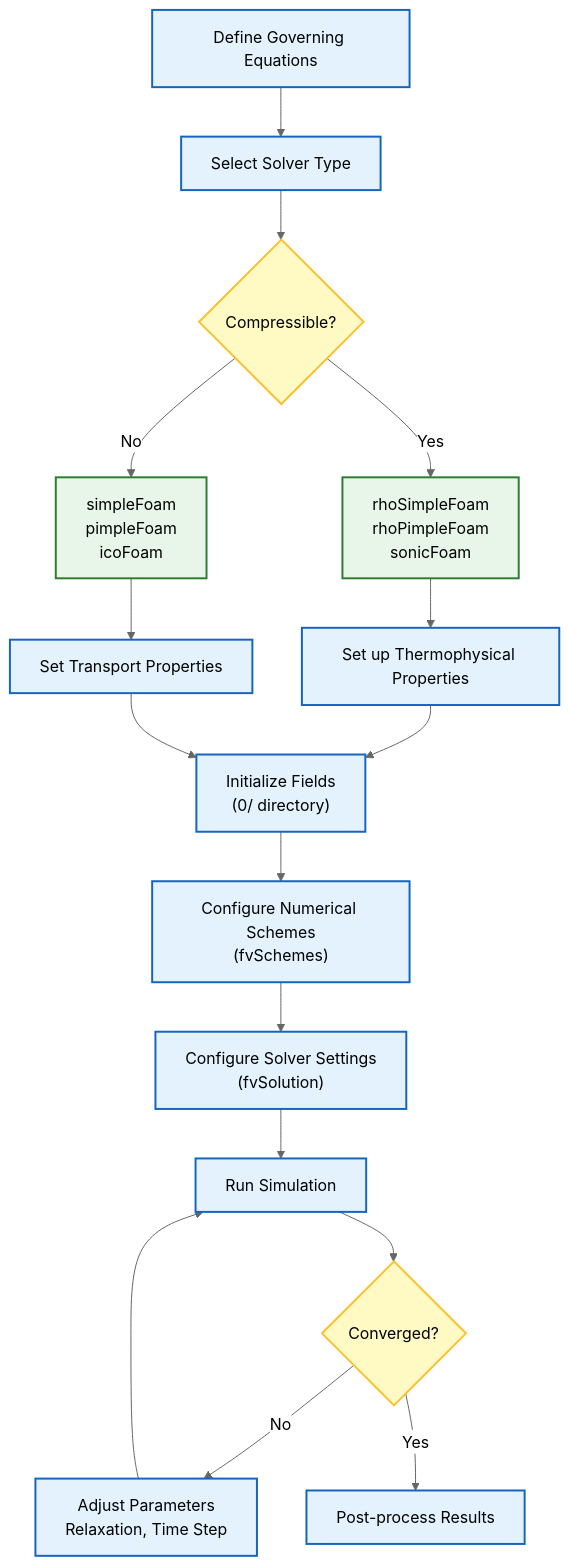
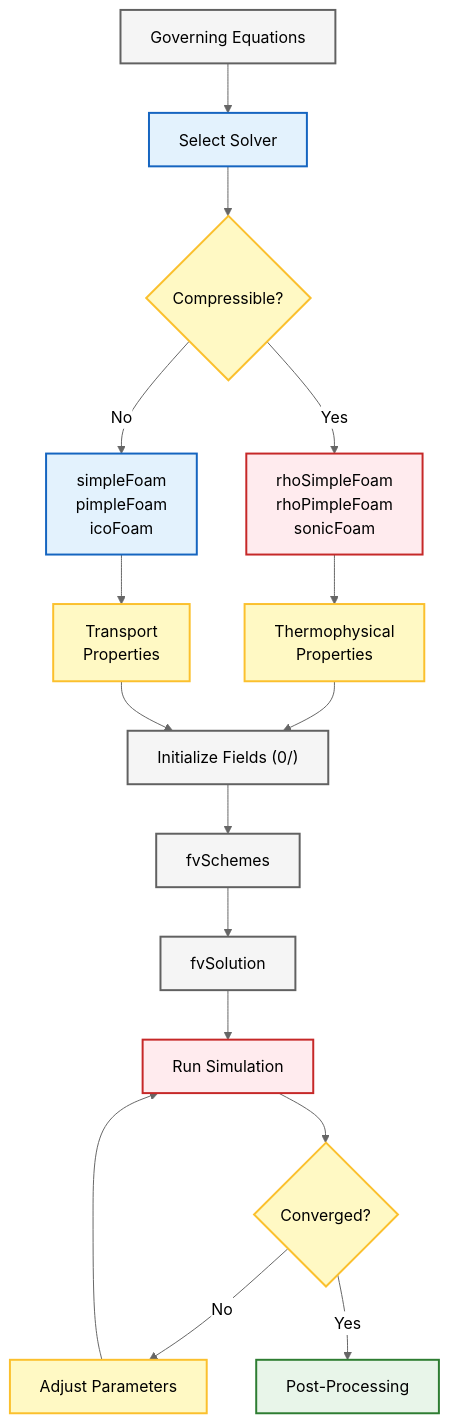
One commit to wramet/build-my-cfd changed the fourth of 4 diagrams in MODULE_01_CFD_FUNDAMENTALS/CONTENT/01_GOVERNING_EQUATIONS/05_OpenFOAM_Implementation.md. Above: the diagram before and after it, drawn with Mermaid (neutral theme). The commit also changed other lines of this file and 313 other files, not shown here.

Commit message:
Revise all diagram

````diff
--- a/MODULE_01_CFD_FUNDAMENTALS/CONTENT/01_GOVERNING_EQUATIONS/05_OpenFOAM_Implementation.md
+++ b/MODULE_01_CFD_FUNDAMENTALS/CONTENT/01_GOVERNING_EQUATIONS/05_OpenFOAM_Implementation.md
@@ -911,32 +897,30 @@
 ```mermaid
 graph TD
-    A["Define Governing Equations"] --> B["Select Solver Type"]
-    B --> C{Compressible?}
-    C -->|Yes| D["rhoSimpleFoam<br/>rhoPimpleFoam<br/>sonicFoam"]
-    C -->|No| E["simpleFoam<br/>pimpleFoam<br/>icoFoam"]
+A["Governing Equations"]:::context --> B["Select Solver"]:::implicit
+B --> C{Compressible?}:::explicit
+C -->|Yes| D["rhoSimpleFoam<br/>rhoPimpleFoam<br/>sonicFoam"]:::volatile
+C -->|No| E["simpleFoam<br/>pimpleFoam<br/>icoFoam"]:::implicit
 
-    D --> F["Set up Thermophysical Properties"]
-    E --> G["Set Transport Properties"]
+D --> F["Thermophysical<br/>Properties"]:::explicit
+E --> G["Transport<br/>Properties"]:::explicit
 
-    F --> H["Initialize Fields<br/>(0/ directory)"]
-    G --> H
+F --> H["Initialize Fields (0/)"]:::context
+G --> H
 
-    H --> I["Configure Numerical Schemes<br/>(fvSchemes)"]
-    I --> J["Configure Solver Settings<br/>(fvSolution)"]
+H --> I["fvSchemes"]:::context
+I --> J["fvSolution"]:::context
 
-    J --> K["Run Simulation"]
-    K --> L{Converged?}
+J --> K["Run Simulation"]:::volatile
+K --> L{Converged?}:::explicit
 
-    L -->|No| M["Adjust Parameters<br/>Relaxation, Time Step"]
-    M --> K
+L -->|No| M["Adjust Parameters"]:::explicit
+M --> K
 
-    L -->|Yes| N["Post-process Results"]
+L -->|Yes| N["Post-Processing"]:::success
 
-    classDef process fill:#e3f2fd,stroke:#1565c0,stroke-width:2px,color:#000;
-    classDef decision fill:#fff9c4,stroke:#fbc02d,stroke-width:2px,color:#000;
-    classDef storage fill:#e8f5e9,stroke:#2e7d32,stroke-width:2px,color:#000;
-
-    class A,B,F,G,H,I,J,K,M,N process;
-    class C,L decision;
-    class D,E storage;
+classDef context fill:#f5f5f5,stroke:#616161,stroke-width:2px,color:#000;
+classDef implicit fill:#e3f2fd,stroke:#1565c0,stroke-width:2px,color:#000;
+classDef explicit fill:#fff9c4,stroke:#fbc02d,stroke-width:2px,color:#000;
+classDef volatile fill:#ffebee,stroke:#c62828,stroke-width:2px,color:#000;
+classDef success fill:#e8f5e9,stroke:#2e7d32,stroke-width:2px,color:#000;
 ```
````
